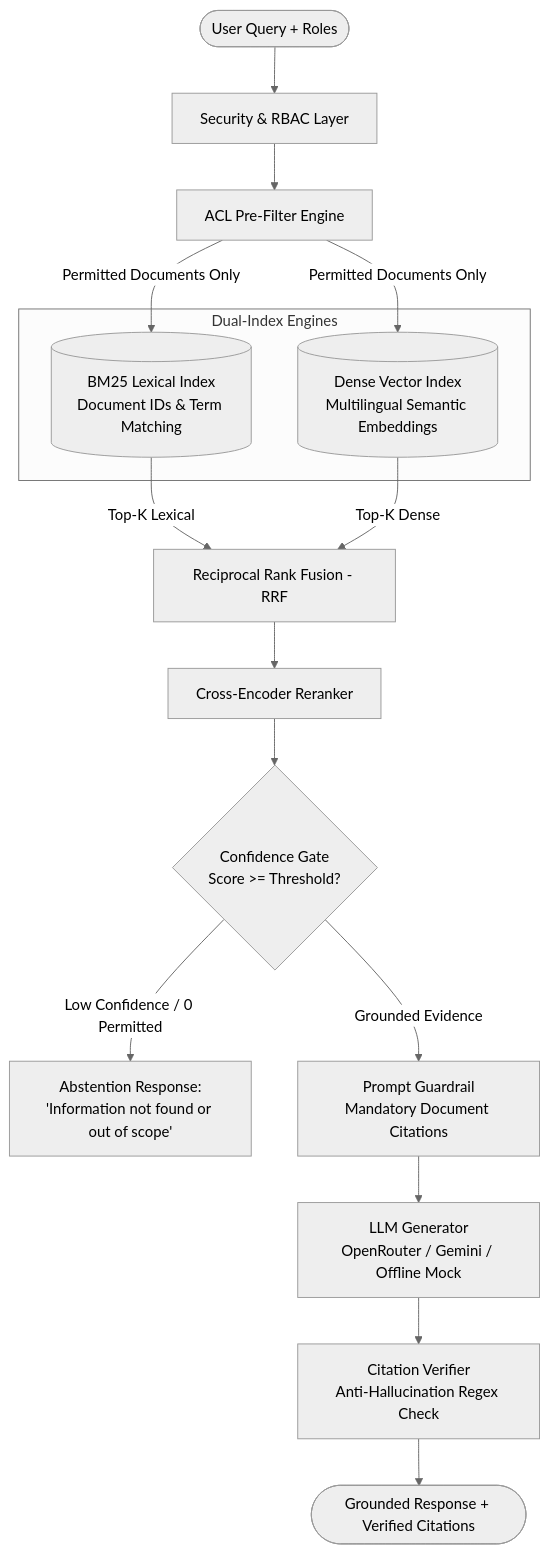
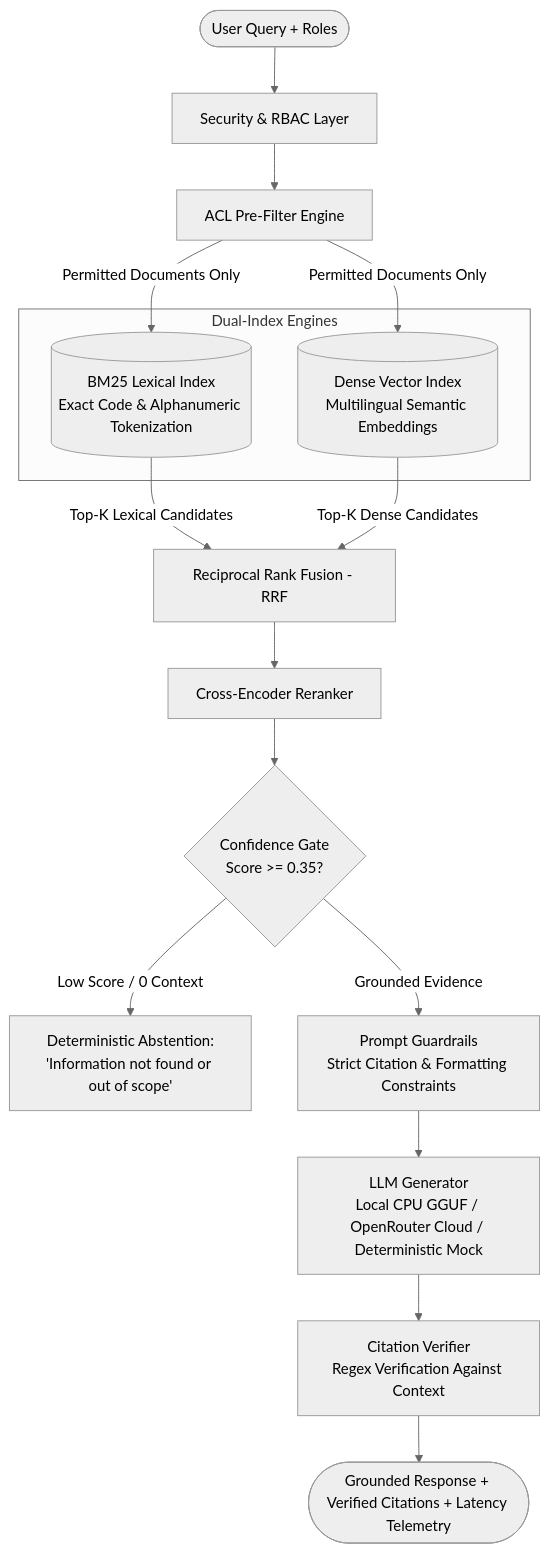
One commit to beambomb/Document-Assistant changed the diagram in README.md. Above: the diagram before and after it, drawn with Mermaid (neutral theme). The commit also changed other lines of this file, not shown here.

Commit message:
docs: ground README in empirical facts, highlighting 49 QA tests, adversarial prompt defense, and hardware latency realities

````diff
--- a/README.md
+++ b/README.md
@@ -22,26 +25,26 @@
 ```mermaid
 flowchart TD
     User([User Query + Roles]) --> Auth[Security & RBAC Layer]
     Auth --> ACLPreFilter[ACL Pre-Filter Engine]
     
     subgraph Storage [Dual-Index Engines]
-        BM25[(BM25 Lexical Index\nDocument IDs & Term Matching)]
+        BM25[(BM25 Lexical Index\nExact Code & Alphanumeric Tokenization)]
         Dense[(Dense Vector Index\nMultilingual Semantic Embeddings)]
     end
     
     ACLPreFilter -->|Permitted Documents Only| BM25
     ACLPreFilter -->|Permitted Documents Only| Dense
     
-    BM25 -->|Top-K Lexical| Fusion[Reciprocal Rank Fusion - RRF]
-    Dense -->|Top-K Dense| Fusion
+    BM25 -->|Top-K Lexical Candidates| Fusion[Reciprocal Rank Fusion - RRF]
+    Dense -->|Top-K Dense Candidates| Fusion
     
     Fusion --> Reranker[Cross-Encoder Reranker]
-    Reranker --> Gate{Confidence Gate\nScore >= Threshold?}
+    Reranker --> Gate{Confidence Gate\nScore >= 0.35?}
     
-    Gate -->|Low Confidence / 0 Permitted| Abstain[Abstention Response:\n'Information not found or out of scope']
-    Gate -->|Grounded Evidence| PromptEng[Prompt Guardrail\nMandatory Document Citations]
+    Gate -->|Low Score / 0 Context| Abstain[Deterministic Abstention:\n'Information not found or out of scope']
+    Gate -->|Grounded Evidence| PromptEng[Prompt Guardrails\nStrict Citation & Formatting Constraints]
     
-    PromptEng --> LLM[LLM Generator\nOpenRouter / Gemini / Offline Mock]
-    LLM --> CitationCheck[Citation Verifier\nAnti-Hallucination Regex Check]
-    CitationCheck --> Output([Grounded Response + Verified Citations])
+    PromptEng --> LLM[LLM Generator\nLocal CPU GGUF / OpenRouter Cloud / Deterministic Mock]
+    LLM --> CitationCheck[Citation Verifier\nRegex Verification Against Context]
+    CitationCheck --> Output([Grounded Response + Verified Citations + Latency Telemetry])
 ```
````
